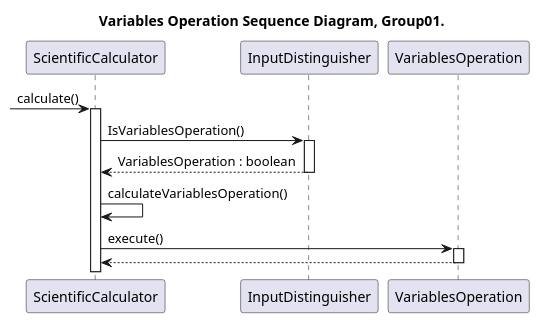
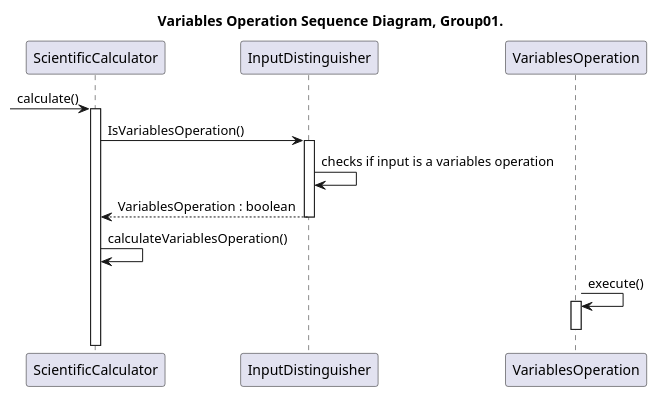
Before and after one commit to CiroCutolo/Scientific_Calculator_group01_2023: the diagram in sequence_diagram/VariablesOperation_SequenceDiagram_Group01.puml, drawn with PlantUML. The commit also changed 7 other files, not shown here.

Commit message:
Sono state apportate modifiche relative all'implementazione dei sequence diagrams

```diff
--- a/sequence_diagram/VariablesOperation_SequenceDiagram_Group01.puml
+++ b/sequence_diagram/VariablesOperation_SequenceDiagram_Group01.puml
@@ -1,24 +1,23 @@
-@startuml SequenceDiagram
+@startuml VariablesOperation_SequenceDiagram_Group01
 
 title Variables Operation Sequence Diagram, Group01.
 
 participant ScientificCalculator as calc
 participant InputDistinguisher as input
 participant VariablesOperation as Variables
 
 -> calc:calculate()
 activate calc
 
 calc -> input : IsVariablesOperation()
 activate input
+input -> input : checks if input is a variables operation
 input --> calc : VariablesOperation : boolean
 deactivate input
 
 calc -> calc : calculateVariablesOperation()
-
-calc -> Variables : execute()
+Variables -> Variables : execute()
 activate Variables
-Variables --> calc
-deactivate Variables
+deactivate Variables
 
 @enduml
```
